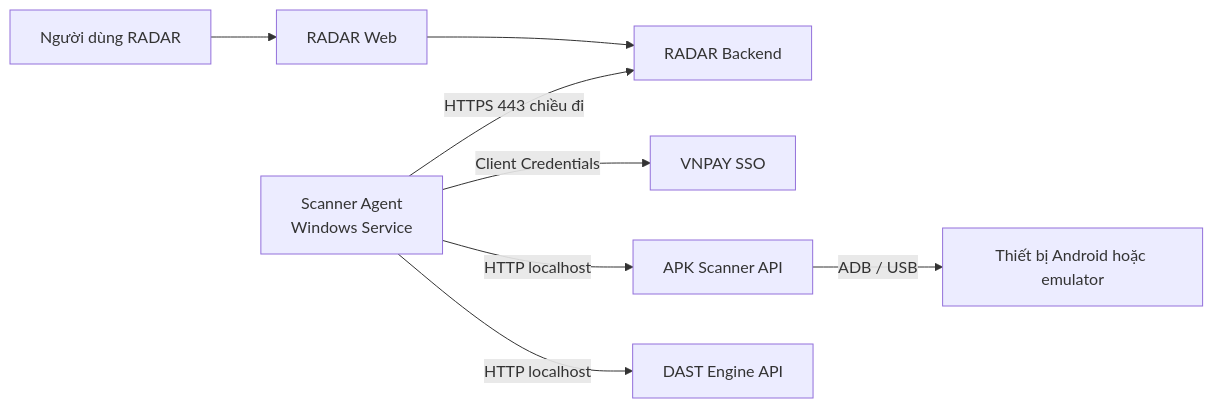
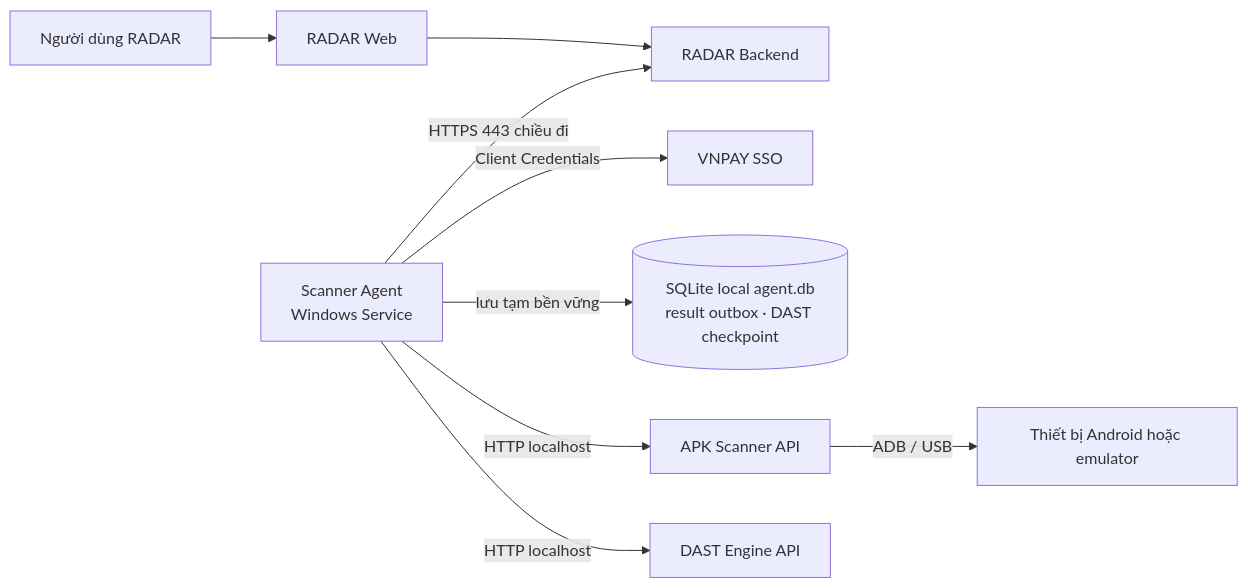
One commit to xuancanhit99/vnpay-radar-scanner-agent changed the diagram in README.md. Above: the diagram before and after it, drawn with Mermaid.

Commit message:
docs(architecture): document local scanner outbox

````diff
--- a/README.md
+++ b/README.md
@@ -19,10 +19,11 @@
 ```mermaid
 flowchart LR
     User["Người dùng RADAR"] --> Web["RADAR Web"]
     Web --> Backend["RADAR Backend"]
     Agent["Scanner Agent<br/>Windows Service"] -->|"HTTPS 443 chiều đi"| Backend
     Agent -->|"Client Credentials"| SSO["VNPAY SSO"]
+    Agent -->|"lưu tạm bền vững"| Outbox[("SQLite local agent.db<br/>result outbox · DAST checkpoint")]
     Agent -->|"HTTP localhost"| Scanner["APK Scanner API"]
     Scanner -->|"ADB / USB"| Device["Thiết bị Android hoặc emulator"]
     Agent -->|"HTTP localhost"| Dast["DAST Engine API"]
 ```
````
